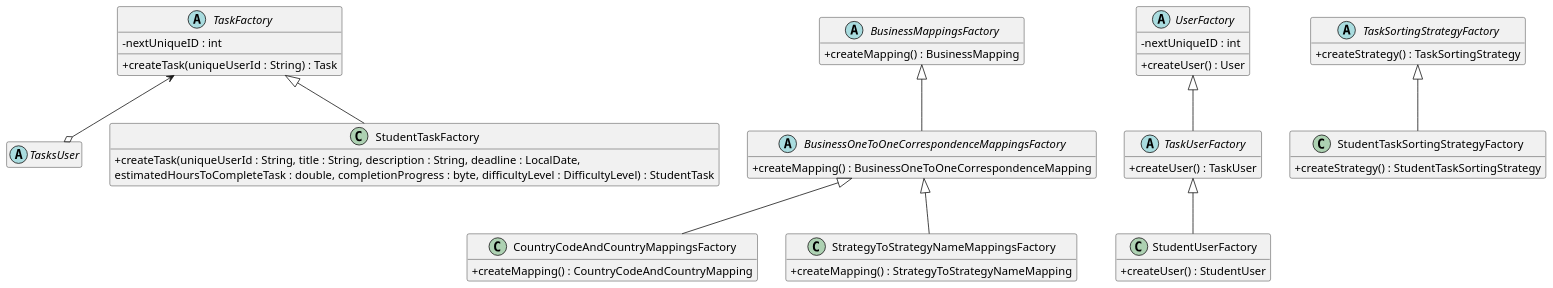
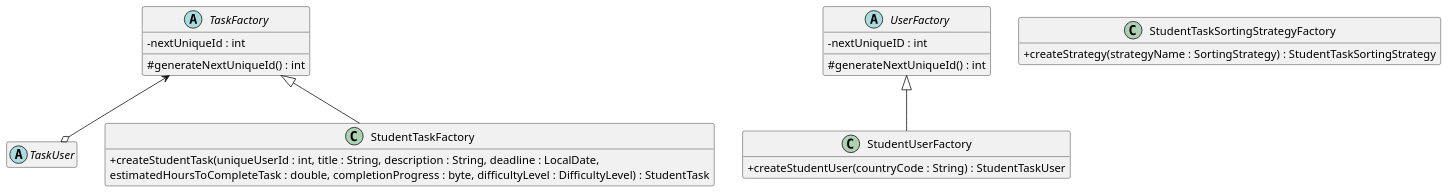
The second of 2 diagrams in Entities.puml (CSC207-2025F-UofT/team-project), drawn with PlantUML before and after one commit. The commit also changed other lines of this file and 2 other files, not shown here.

Commit message:
add country enumeration, revised entities.puml and clarified README.md

```diff
--- a/Entities.puml
+++ b/Entities.puml
@@ -146,77 +134,47 @@
 @startuml
 'https://plantuml.com/class-diagram
 ' `..|>` represents Interface Realization/Implementation (dashed line with an open arrow).
 ' `--|>` represents Inheritance/Generalization (solid line with an open arrow).
-' `o-->` represents Aggregation (a hollow diamond pointing to the owner/container). The "\*" indicates multiplicity (e.g., Drawing holds multiple Shape objects).
+' `o-->` represents Aggregation (a hollow diamond pointing to the owner/container).
+'     The "\*" indicates multiplicity (e.g., Drawing holds multiple Shape objects).
 skinparam dpi 120
 skinparam classAttributeIconSize 0
 hide empty members
 
 ' ========
 ' Factories
 ' ========
 
-abstract class TasksUser
-
-abstract class BusinessMappingsFactory {
-  + createMapping() : BusinessMapping
-}
-
-abstract class BusinessOneToOneCorrespondenceMappingsFactory {
-  + createMapping() : BusinessOneToOneCorrespondenceMapping
-}
-
-class CountryCodeAndCountryMappingsFactory {
-  + createMapping() : CountryCodeAndCountryMapping
-}
-
-class StrategyToStrategyNameMappingsFactory {
-  + createMapping() : StrategyToStrategyNameMapping
-}
-
-BusinessMappingsFactory <|-- BusinessOneToOneCorrespondenceMappingsFactory
-BusinessOneToOneCorrespondenceMappingsFactory <|-- CountryCodeAndCountryMappingsFactory
-BusinessOneToOneCorrespondenceMappingsFactory <|-- StrategyToStrategyNameMappingsFactory
+abstract class TaskUser
 
 abstract class UserFactory {
   - nextUniqueID : int
-  + createUser() : User
-}
-
-abstract class TaskUserFactory {
-  + createUser() : TaskUser
+  # generateNextUniqueId() : int
 }
 
 class StudentUserFactory {
-  + createUser() : StudentUser
+  + createStudentUser(countryCode : String) : StudentTaskUser
 }
 
-UserFactory <|-- TaskUserFactory
-TaskUserFactory <|-- StudentUserFactory
+UserFactory <|-- StudentUserFactory
 
 abstract class TaskFactory {
-  - nextUniqueID : int
-  + createTask(uniqueUserId : String) : Task
+  - nextUniqueId : int
+  # generateNextUniqueId() : int
 }
 
 class StudentTaskFactory {
-  + createTask(uniqueUserId : String, title : String, description : String, deadline : LocalDate,
+  + createStudentTask(uniqueUserId : int, title : String, description : String, deadline : LocalDate,
   estimatedHoursToCompleteTask : double, completionProgress : byte, difficultyLevel : DifficultyLevel) : StudentTask
 }
 
 TaskFactory <|-- StudentTaskFactory
 
-abstract class TaskSortingStrategyFactory {
-  + createStrategy() : TaskSortingStrategy
+' The following TaskUser is a continuation of the PlantUML diagram described above.
+TaskFactory <--o TaskUser
+
+class StudentTaskSortingStrategyFactory {
+  + createStrategy(strategyName : SortingStrategy) : StudentTaskSortingStrategy
 }
 
-class StudentTaskSortingStrategyFactory {
-  + createStrategy() : StudentTaskSortingStrategy
-}
-
-TaskSortingStrategyFactory <|-- StudentTaskSortingStrategyFactory
-
-' The following TaskUser is a continuation from the PlantUML diagram described above
-TaskFactory <--o TasksUser
-
 @enduml
```
